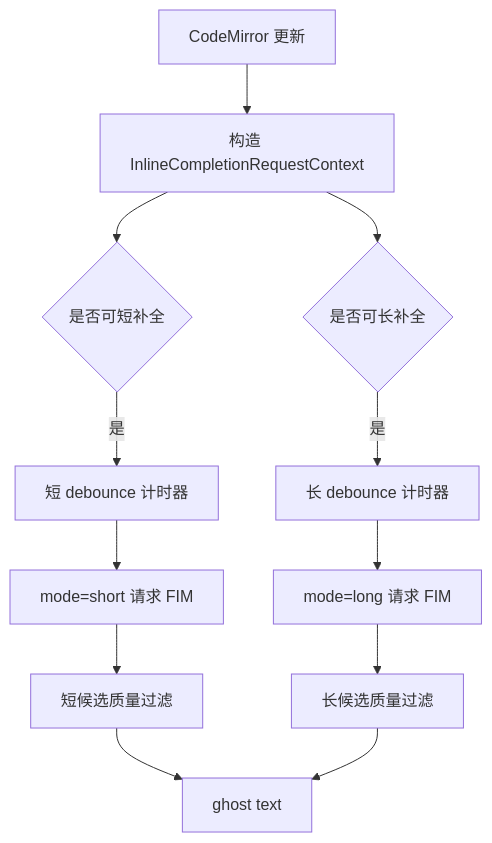
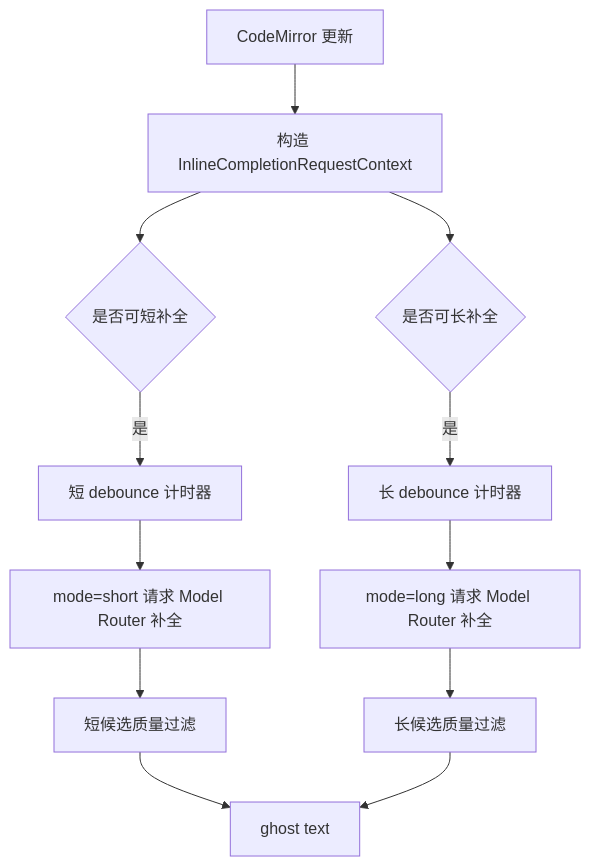
The diagram in docs/WRITE_INLINE_COMPLETION_MODES.zh-CN.md (XinyuZheng1878/SciForge-reproduction-), drawn with Mermaid before and after one commit. The commit also changed other lines of this file and 128 other files, not shown here.

````diff
--- a/docs/WRITE_INLINE_COMPLETION_MODES.zh-CN.md
+++ b/docs/WRITE_INLINE_COMPLETION_MODES.zh-CN.md
@@ -21,14 +21,14 @@
 ```mermaid
 flowchart TD
   A["CodeMirror 更新"] --> B["构造 InlineCompletionRequestContext"]
   B --> C{"是否可短补全"}
   B --> D{"是否可长补全"}
   C -->|是| E["短 debounce 计时器"]
   D -->|是| F["长 debounce 计时器"]
-  E --> G["mode=short 请求 FIM"]
-  F --> H["mode=long 请求 FIM"]
+  E --> G["mode=short 请求 Model Router 补全"]
+  F --> H["mode=long 请求 Model Router 补全"]
   G --> I["短候选质量过滤"]
   H --> J["长候选质量过滤"]
   I --> K["ghost text"]
   J --> K
 ```
````
